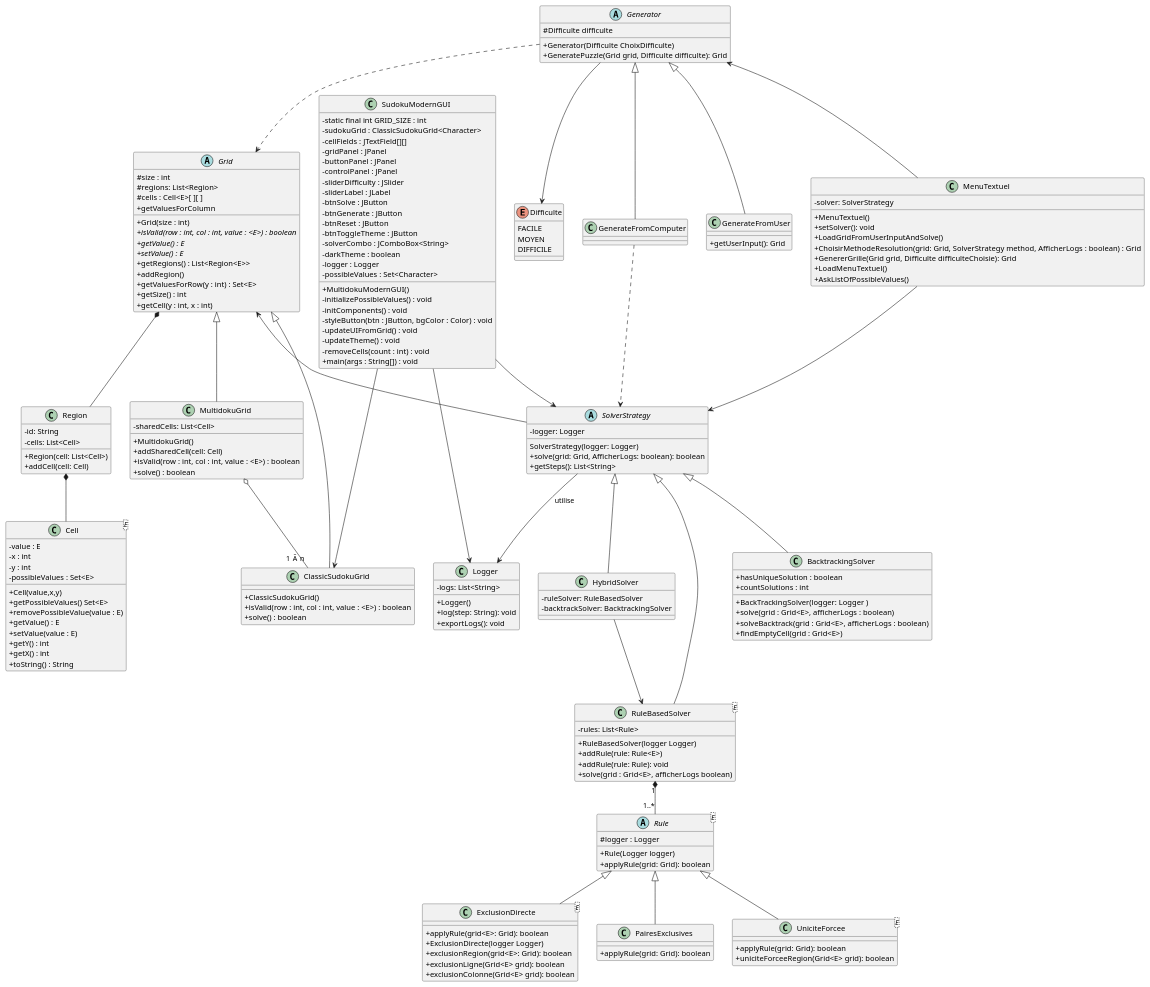
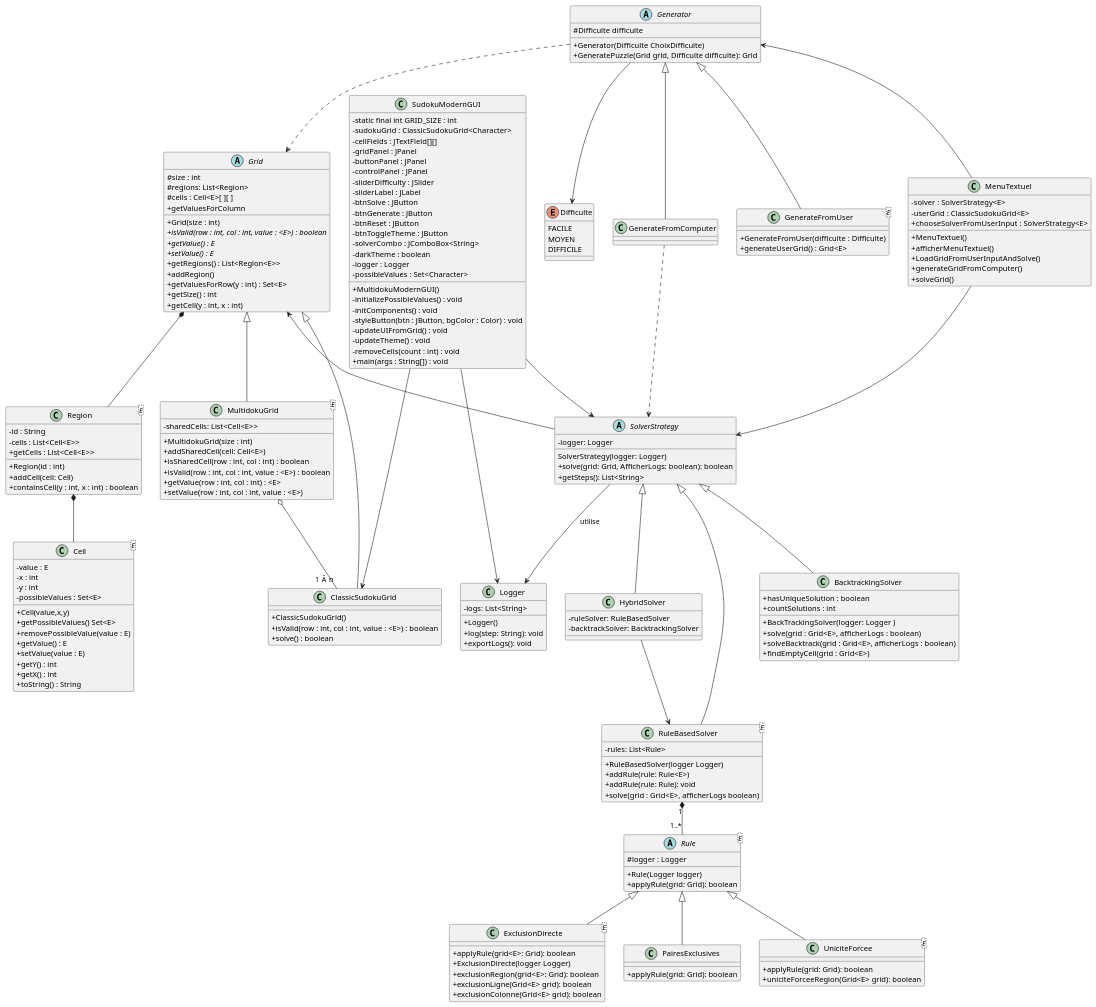
Before and after one commit to PolytechLyon/SudokuAPO: the diagram in ClassDiagram.puml, drawn with PlantUML.

Commit message:
Mise a Jour Diagramme de Classe

```diff
--- a/ClassDiagram.puml
+++ b/ClassDiagram.puml
@@ -18,11 +18,13 @@
     + getCell(y : int, x : int)
 }
 
-class Region {
-    - id: String
-    - cells: List<Cell>
-    +Region(cell: List<Cell>)
+class Region<E>{
+    - id : String
+    - cells : List<Cell<E>>
+    + Region(id : int)
     + addCell(cell: Cell)
+    + getCells : List<Cell<E>>
+    + containsCell(y : int, x : int) : boolean
 }
 
 class Cell<E> {
@@ -46,12 +48,14 @@
     + solve() : boolean
 }
 
-class MultidokuGrid{
-    - sharedCells: List<Cell>
-    + MultidokuGrid()
-    + addSharedCell(cell: Cell)
+class MultidokuGrid<E>{
+    - sharedCells: List<Cell<E>>
+    + MultidokuGrid(size : int)
+    + addSharedCell(cell: Cell<E>)
+    + isSharedCell(row : int, col : int) : boolean
     + isValid(row : int, col : int, value : <E>) : boolean
-    + solve() : boolean
+    + getValue(row : int, col : int) : <E>
+    + setValue(row : int, col : int, value : <E>)
 }
 
 abstract class Rule<E> {
@@ -85,26 +89,27 @@
 Abstract class Generator {
     # Difficulte difficulte
     + Generator(Difficulte ChoixDifficulte)
-    +GeneratePuzzle(Grid grid, Difficulte difficulte): Grid
+    + GeneratePuzzle(Grid grid, Difficulte difficulte): Grid
 }
 Generator ..> Grid
 
 class GenerateFromComputer extends Generator{
 }
 
-class GenerateFromUser extends Generator{
-    + getUserInput(): Grid
+class GenerateFromUser<E> extends Generator<E>{
+    + GenerateFromUser(difficulte : Difficulte)
+    + generateUserGrid() : Grid<E>
 }
 
 class MenuTextuel {
-    - solver: SolverStrategy
-    +MenuTextuel()
-    + setSolver(): void
-    +LoadGridFromUserInputAndSolve()
-    +ChoisirMethodeResolution(grid: Grid, SolverStrategy method, AfficherLogs : boolean) : Grid
-    +GenererGrille(Grid grid, Difficulte difficulteChoisie): Grid
-    +LoadMenuTextuel()
-    +AskListOfPossibleValues()
+    - solver : SolverStrategy<E>
+    - userGrid : ClassicSudokuGrid<E>
+    + MenuTextuel()
+    + afficherMenuTextuel()
+    + LoadGridFromUserInputAndSolve()
+    + generateGridFromComputer()
+    + chooseSolverFromUserInput : SolverStrategy<E>
+    + solveGrid()
 }
 
 MenuTextuel --> SolverStrategy
```
